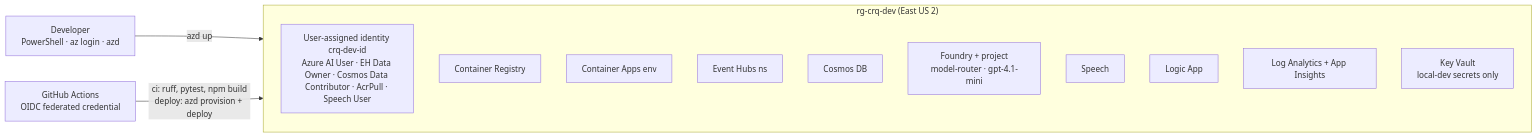
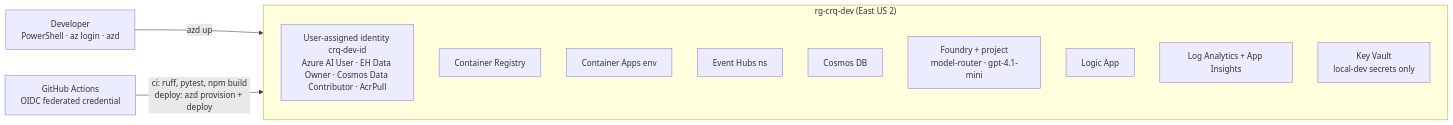
Before and after one commit to SwamiBB/control-room-iq: the fourth of 4 diagrams in docs/ARCHITECTURE.md, drawn with Mermaid. The commit also changed other lines of this file and 13 other files, not shown here.

````diff
--- a/docs/ARCHITECTURE.md
+++ b/docs/ARCHITECTURE.md
@@ -160,17 +157,16 @@
 ```mermaid
 flowchart LR
     DEV[Developer<br/>PowerShell · az login · azd] -->|azd up| RG
     GH[GitHub Actions<br/>OIDC federated credential] -->|ci: ruff, pytest, npm build<br/>deploy: azd provision + deploy| RG
     subgraph RG["rg-crq-dev (East US 2)"]
-        ID[User-assigned identity crq-dev-id<br/>Azure AI User · EH Data Owner · Cosmos Data Contributor · AcrPull · Speech User]
+        ID[User-assigned identity crq-dev-id<br/>Azure AI User · EH Data Owner · Cosmos Data Contributor · AcrPull]
         ACR[Container Registry]
         CAE[Container Apps env]
         EHNS[Event Hubs ns]
         COSM[Cosmos DB]
         FND[Foundry + project<br/>model-router · gpt-4.1-mini]
-        SPCH[Speech]
         LAPP[Logic App]
         LOGS[Log Analytics + App Insights]
         KV[Key Vault<br/>local-dev secrets only]
     end
 ```
````
